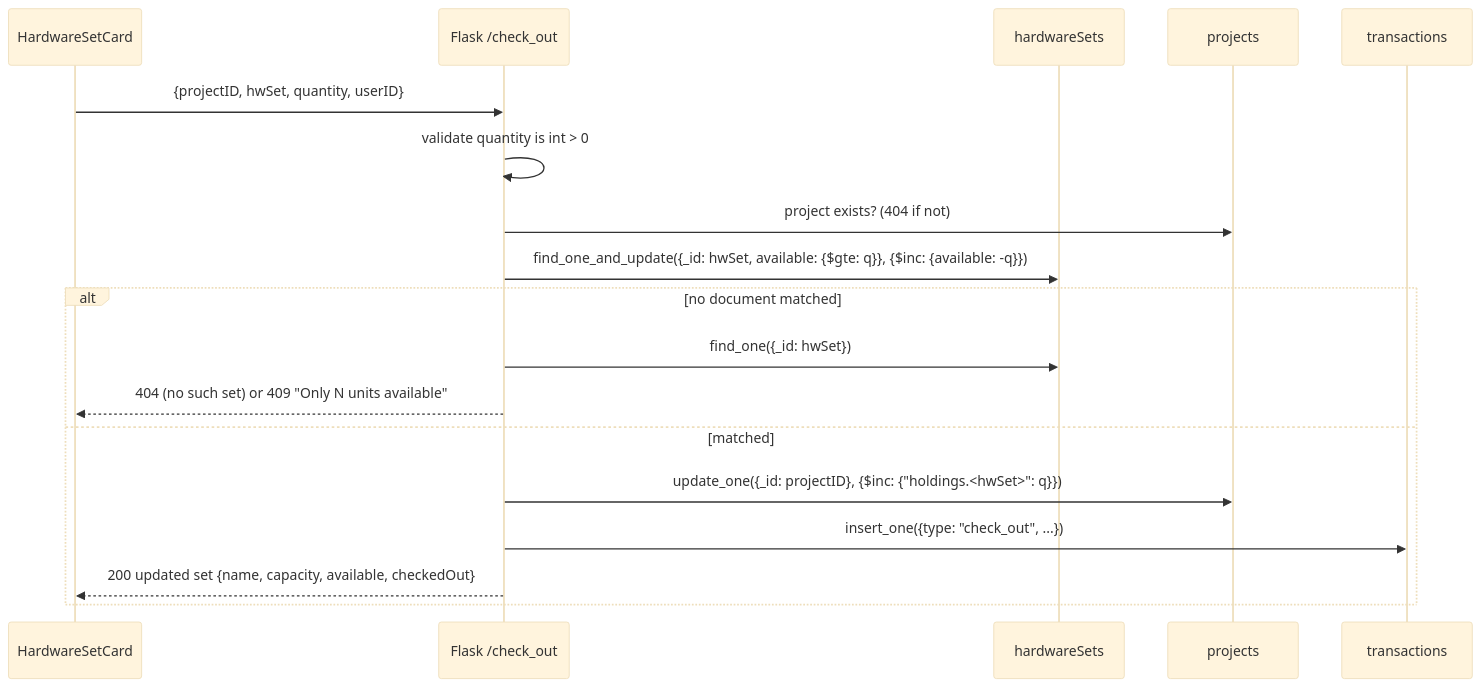
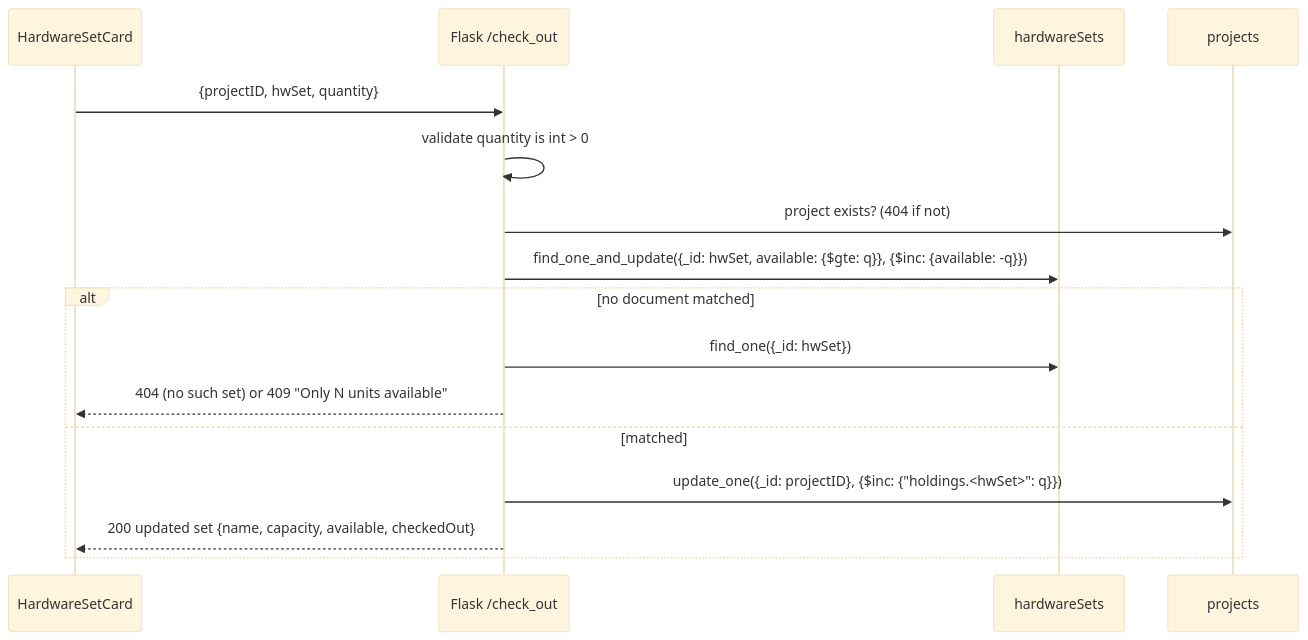
One commit to RishiWadhwa/ECE461Project changed the fourth of 4 diagrams in docs/api-roadmap.md. Above: the diagram before and after it, drawn with Mermaid (base theme). The commit also changed other lines of this file, not shown here.

First line of the commit message:
Docs(api-roadmap): Updated roadmap to reflect latest decisions regarding Backend/DB integration

````diff
--- a/docs/api-roadmap.md
+++ b/docs/api-roadmap.md
@@ -195,20 +309,18 @@
 ```mermaid
 sequenceDiagram
   participant UI as HardwareSetCard
   participant F as Flask /check_out
   participant HW as hardwareSets
   participant P as projects
-  participant T as transactions
-  UI->>F: {projectID, hwSet, quantity, userID}
+  UI->>F: {projectID, hwSet, quantity}
   F->>F: validate quantity is int > 0
   F->>P: project exists? (404 if not)
   F->>HW: find_one_and_update({_id: hwSet, available: {$gte: q}}, {$inc: {available: -q}})
   alt no document matched
     F->>HW: find_one({_id: hwSet})
     F-->>UI: 404 (no such set) or 409 "Only N units available"
   else matched
     F->>P: update_one({_id: projectID}, {$inc: {"holdings.<hwSet>": q}})
-    F->>T: insert_one({type: "check_out", ...})
     F-->>UI: 200 updated set {name, capacity, available, checkedOut}
   end
 ```
````
